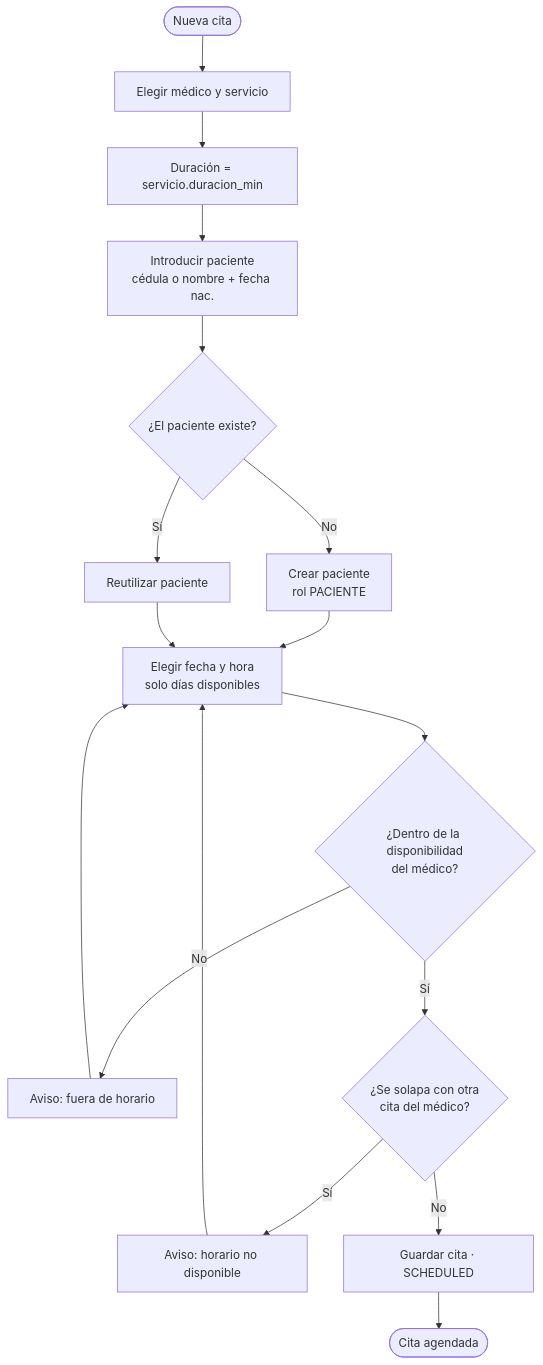
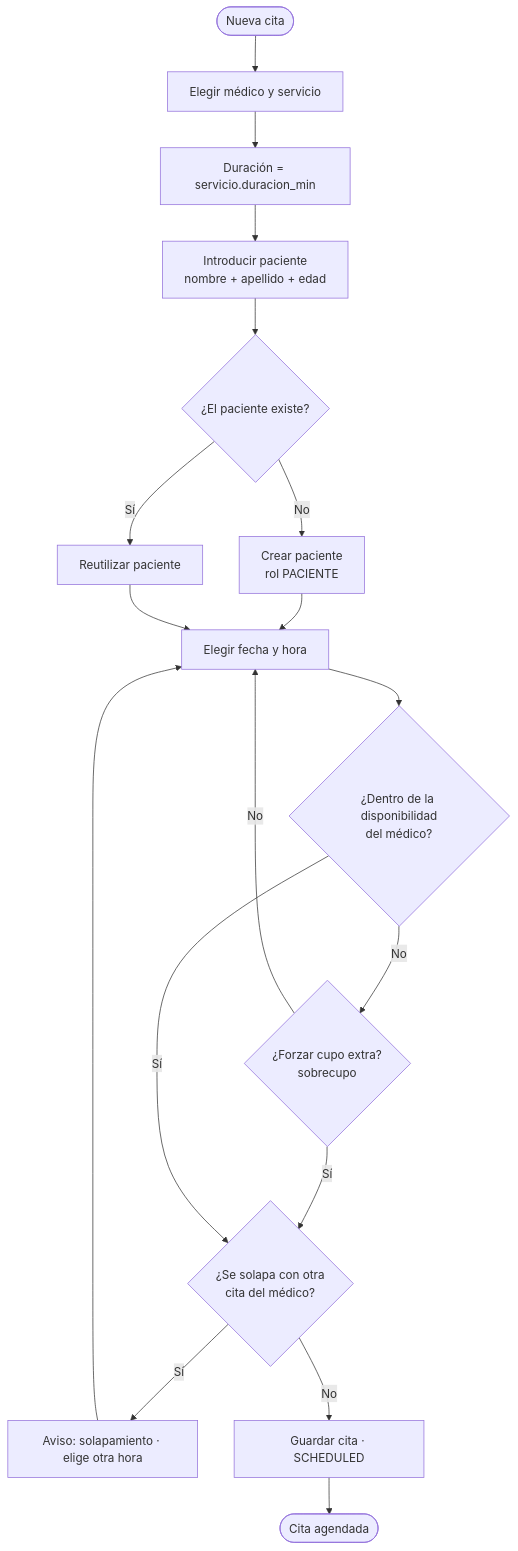
Before and after one commit to DhanaCorredor/diagnostico-backend: the second of 2 diagrams in docs/FLUJO-USUARIO.md, drawn with Mermaid. The commit also changed other lines of this file and 2 other files, not shown here.

Commit message:
docs: refine patient registration and overbooking per client answers
Patients are identified at booking by name + surname + age; the national ID is optional and added later by specialists. Reception can force an extra slot (overbooking) beyond a doctor's availability, while exact per-doctor overlap is still blocked. Adds the edad field to the users table.

````diff
--- a/docs/FLUJO-USUARIO.md
+++ b/docs/FLUJO-USUARIO.md
@@ -43,19 +43,20 @@
 ```mermaid
 flowchart TD
     S([Nueva cita]) --> R[Elegir médico y servicio]
     R --> R1[Duración = servicio.duracion_min]
-    R1 --> C1[Introducir paciente<br/>cédula o nombre + fecha nac.]
+    R1 --> C1[Introducir paciente<br/>nombre + apellido + edad]
     C1 --> P{¿El paciente existe?}
     P -- No --> P1[Crear paciente<br/>rol PACIENTE]
     P1 --> T
     P -- Sí --> P2[Reutilizar paciente]
-    P2 --> T[Elegir fecha y hora<br/>solo días disponibles]
+    P2 --> T[Elegir fecha y hora]
     T --> U{¿Dentro de la disponibilidad<br/>del médico?}
-    U -- No --> V[Aviso: fuera de horario]
-    V --> T
+    U -- No --> Vov{¿Forzar cupo extra?<br/>sobrecupo}
+    Vov -- No --> T
+    Vov -- Sí --> W
     U -- Sí --> W{¿Se solapa con otra<br/>cita del médico?}
-    W -- Sí --> X[Aviso: horario no disponible]
+    W -- Sí --> X[Aviso: solapamiento · elige otra hora]
     X --> T
     W -- No --> Y[Guardar cita · SCHEDULED]
     Y --> Z([Cita agendada])
 ```
````
